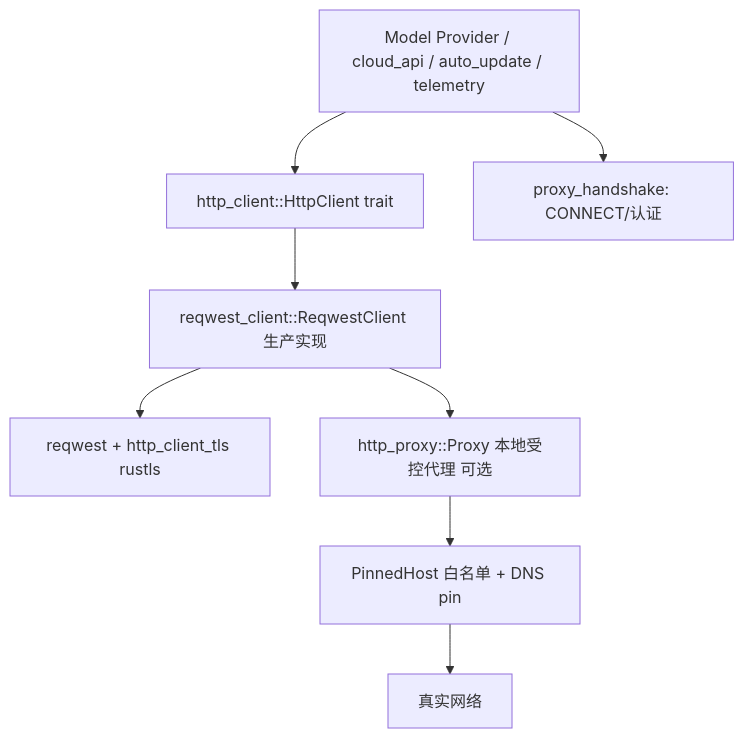
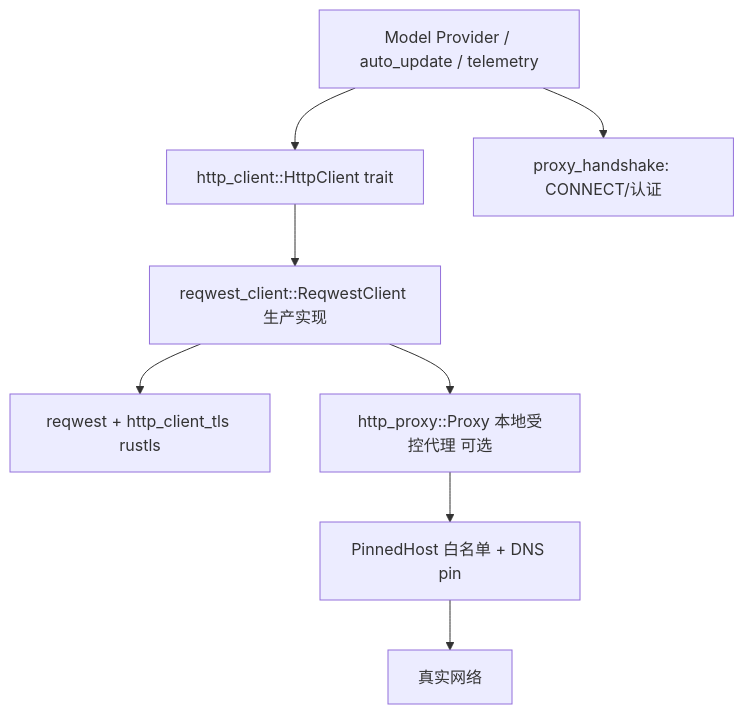
One commit to rzhangjing/zed changed the diagram in wiki/Network-And-HTTP.md. Above: the diagram before and after it, drawn with Mermaid. The commit also changed 270 other files, not shown here.

````diff
--- a/wiki/Network-And-HTTP.md
+++ b/wiki/Network-And-HTTP.md
@@ -7,10 +7,10 @@
 ```mermaid
 graph TB
-    A[Model Provider / cloud_api / auto_update / telemetry] --> B[http_client::HttpClient trait]
+    A[Model Provider / auto_update / telemetry] --> B[http_client::HttpClient trait]
     B --> C[reqwest_client::ReqwestClient 生产实现]
     C --> D[reqwest + http_client_tls rustls]
     A --> E[proxy_handshake: CONNECT/认证]
     C --> F[http_proxy::Proxy 本地受控代理 可选]
     F --> G[PinnedHost 白名单 + DNS pin]
     G --> H[真实网络]
 ```
````
